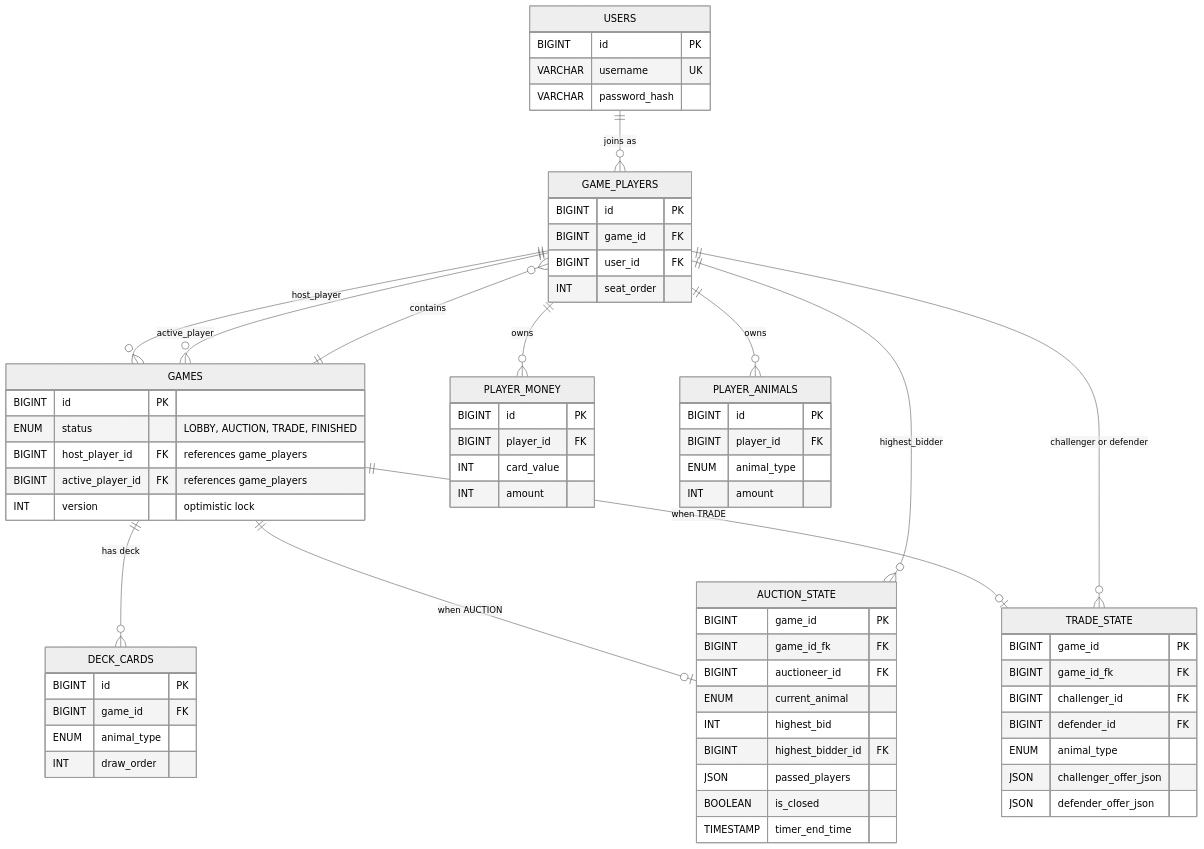
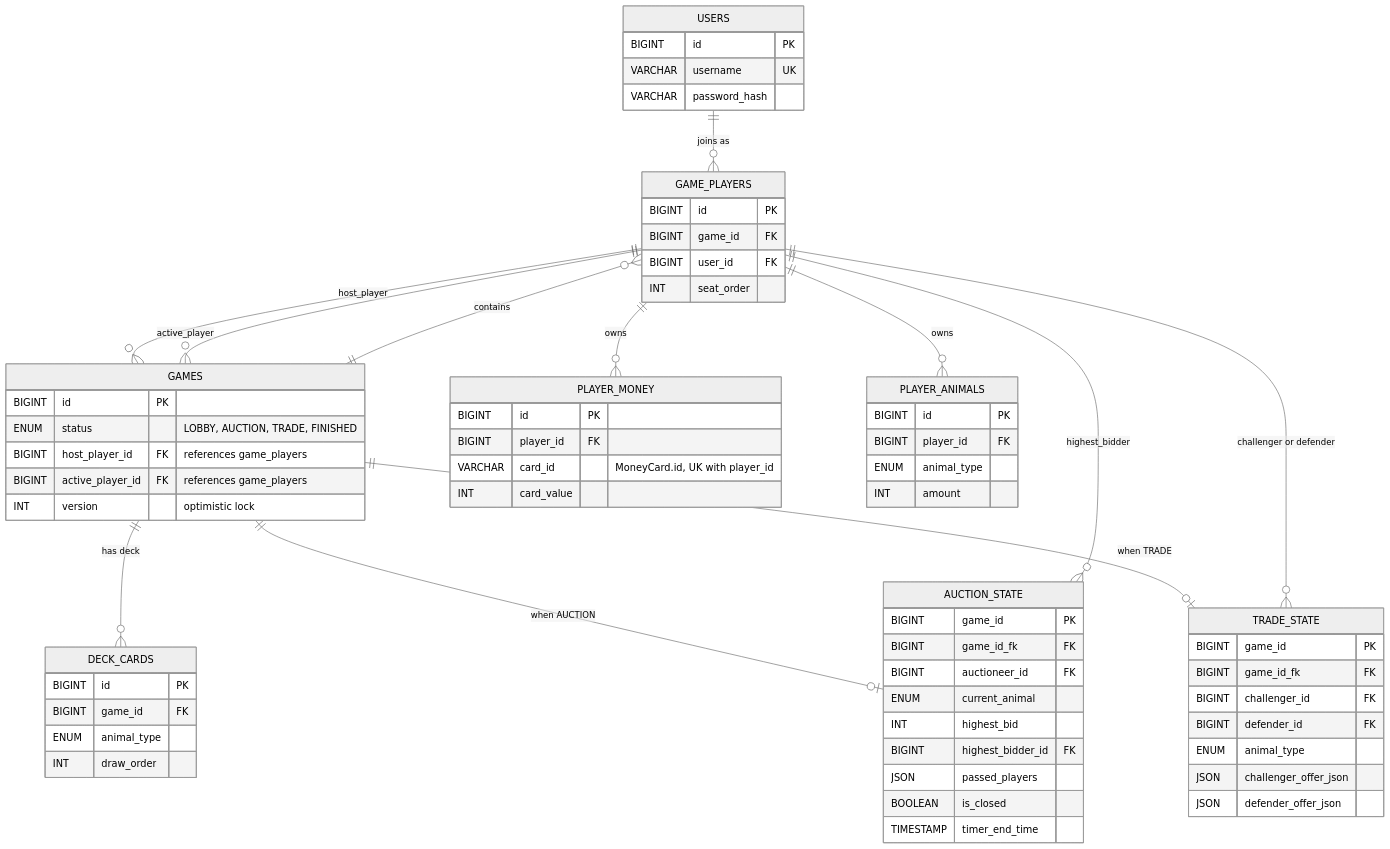
One commit to AAUSoftwareEngineering2/SE2_Gruppenprojekt changed the diagram in docs/server-database.md. Above: the diagram before and after it, drawn with Mermaid (neutral theme). The commit also changed other lines of this file, not shown here.

First line of the commit message:
docs: store individual money cards with card_id instead of aggregating

````diff
--- a/docs/server-database.md
+++ b/docs/server-database.md
@@ -31,71 +31,71 @@
 ```mermaid
 erDiagram
     USERS ||--o{ GAME_PLAYERS : "joins as"
     GAMES ||--o{ GAME_PLAYERS : "contains"
     GAME_PLAYERS ||--o{ GAMES : "host_player"
     GAME_PLAYERS ||--o{ GAMES : "active_player"
     GAMES ||--o{ DECK_CARDS : "has deck"
     GAMES ||--o| AUCTION_STATE : "when AUCTION"
     GAMES ||--o| TRADE_STATE : "when TRADE"
     GAME_PLAYERS ||--o{ PLAYER_MONEY : "owns"
     GAME_PLAYERS ||--o{ PLAYER_ANIMALS : "owns"
     GAME_PLAYERS ||--o{ AUCTION_STATE : "highest_bidder"
     GAME_PLAYERS ||--o{ TRADE_STATE : "challenger or defender"
 
     USERS {
         BIGINT id PK
         VARCHAR username UK
         VARCHAR password_hash
     }
     GAMES {
         BIGINT id PK
         ENUM status "LOBBY, AUCTION, TRADE, FINISHED"
         BIGINT host_player_id FK "references game_players"
         BIGINT active_player_id FK "references game_players"
         INT version "optimistic lock"
     }
     GAME_PLAYERS {
         BIGINT id PK
         BIGINT game_id FK
         BIGINT user_id FK
         INT seat_order
     }
     DECK_CARDS {
         BIGINT id PK
         BIGINT game_id FK
         ENUM animal_type
         INT draw_order
     }
     PLAYER_MONEY {
         BIGINT id PK
         BIGINT player_id FK
+        VARCHAR card_id "MoneyCard.id, UK with player_id"
         INT card_value
-        INT amount
     }
     PLAYER_ANIMALS {
         BIGINT id PK
         BIGINT player_id FK
         ENUM animal_type
         INT amount
     }
     AUCTION_STATE {
         BIGINT game_id PK
         BIGINT game_id_fk FK
         BIGINT auctioneer_id FK
         ENUM current_animal
         INT highest_bid
         BIGINT highest_bidder_id FK
         JSON passed_players
         BOOLEAN is_closed
         TIMESTAMP timer_end_time
     }
     TRADE_STATE {
         BIGINT game_id PK
         BIGINT game_id_fk FK
         BIGINT challenger_id FK
         BIGINT defender_id FK
         ENUM animal_type
         JSON challenger_offer_json
         JSON defender_offer_json
     }
 ```
````
